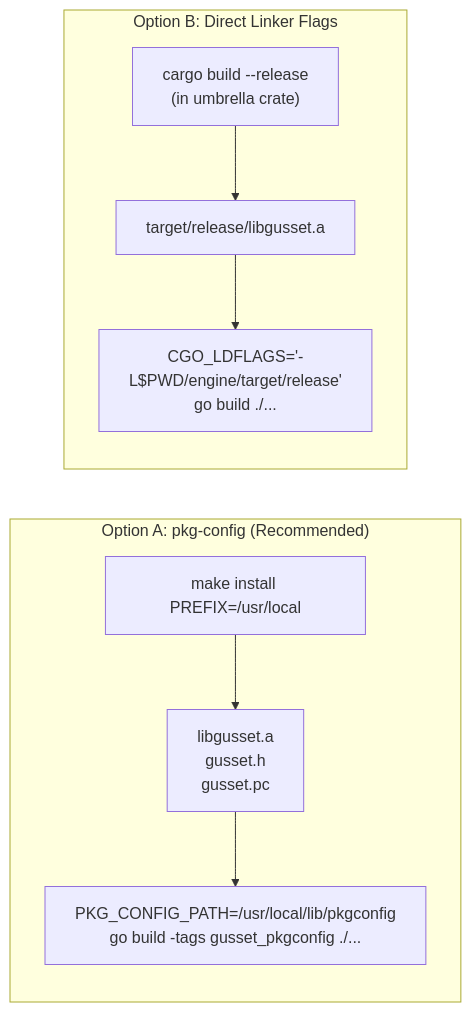
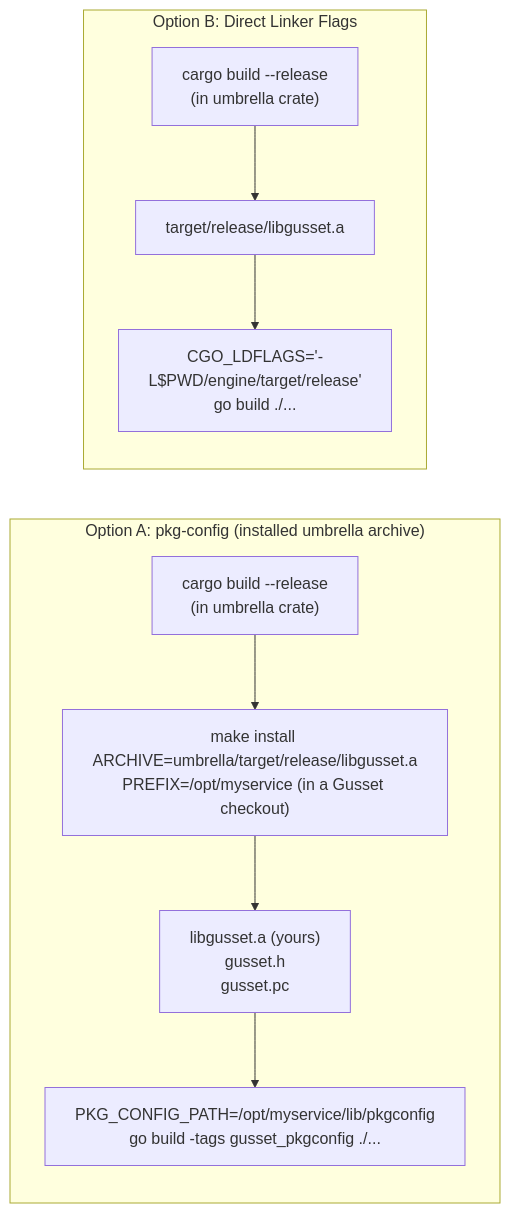
Before and after one commit to bharathvbcr/gusset: the third of 3 diagrams in docs/adoption.md, drawn with Mermaid. The commit also changed other lines of this file and 5 other files, not shown here.

Commit message:
install: one installer owns the artifact set, never writes tracked files, installs the umbrella archive for pkg-config, protecting I1

````diff
--- a/docs/adoption.md
+++ b/docs/adoption.md
@@ -225,12 +226,13 @@
 ```mermaid
 flowchart LR
-    subgraph OptionA ["Option A: pkg-config (Recommended)"]
-        Install["make install PREFIX=/usr/local"] --> Artifacts["libgusset.a\ngusset.h\ngusset.pc"]
-        Artifacts --> GoPkgConfig["PKG_CONFIG_PATH=/usr/local/lib/pkgconfig\ngo build -tags gusset_pkgconfig ./..."]
+    subgraph OptionA ["Option A: pkg-config (installed umbrella archive)"]
+        Build["cargo build --release\n(in umbrella crate)"] --> Install["make install ARCHIVE=umbrella/target/release/libgusset.a\nPREFIX=/opt/myservice (in a Gusset checkout)"]
+        Install --> Artifacts["libgusset.a (yours)\ngusset.h\ngusset.pc"]
+        Artifacts --> GoPkgConfig["PKG_CONFIG_PATH=/opt/myservice/lib/pkgconfig\ngo build -tags gusset_pkgconfig ./..."]
     end
 
     subgraph OptionB ["Option B: Direct Linker Flags"]
         CargoBuild["cargo build --release\n(in umbrella crate)"] --> OutputArchive["target/release/libgusset.a"]
         OutputArchive --> GoDirectLink["CGO_LDFLAGS='-L$PWD/engine/target/release'\ngo build ./..."]
     end
 ```
````
